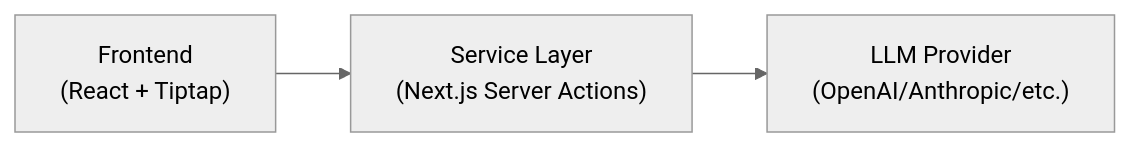
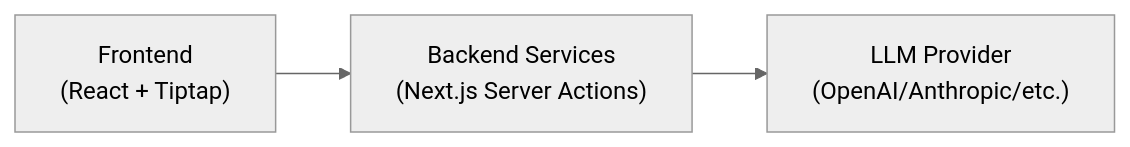
One commit to ueberdosis/ai-agent-custom-llm-demos changed the diagram in README.md. Above: the diagram before and after it, drawn with Mermaid (neutral theme). The commit also changed other lines of this file, not shown here.

````diff
--- a/README.md
+++ b/README.md
@@ -40,5 +40,5 @@
 ```mermaid
 flowchart LR
-    A["Frontend<br/>(React + Tiptap)"] --> B["Service Layer<br/>(Next.js Server Actions)"]
+    A["Frontend<br/>(React + Tiptap)"] --> B["Backend Services<br/>(Next.js Server Actions)"]
     B --> C["LLM Provider<br/>(OpenAI/Anthropic/etc.)"]
 ```
````
